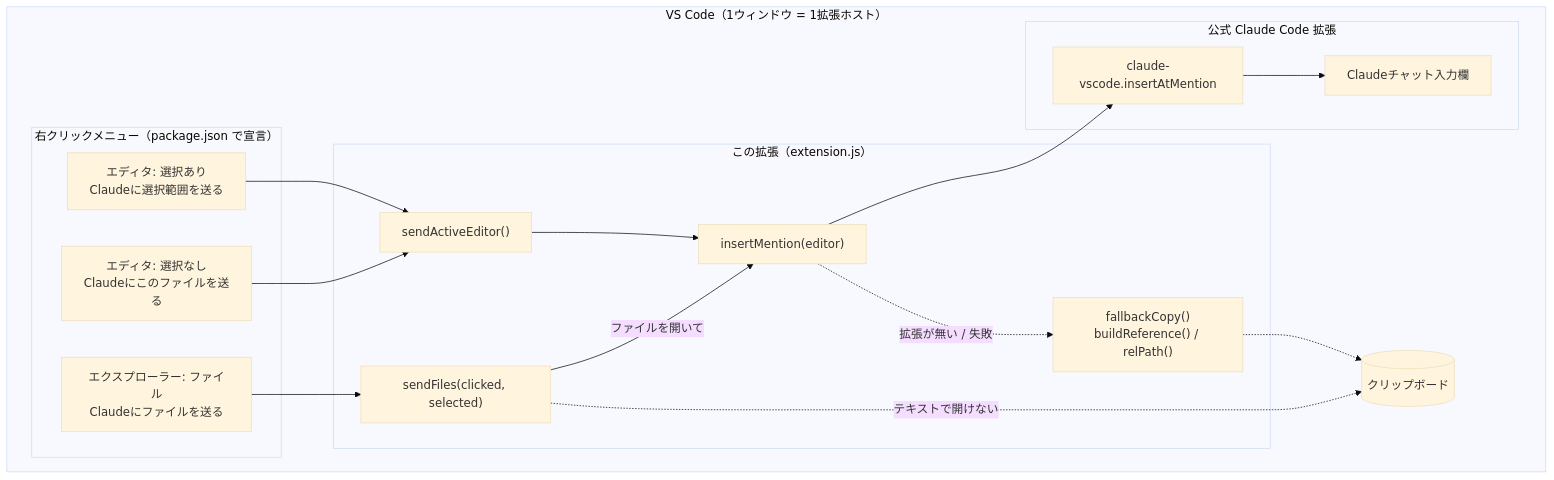
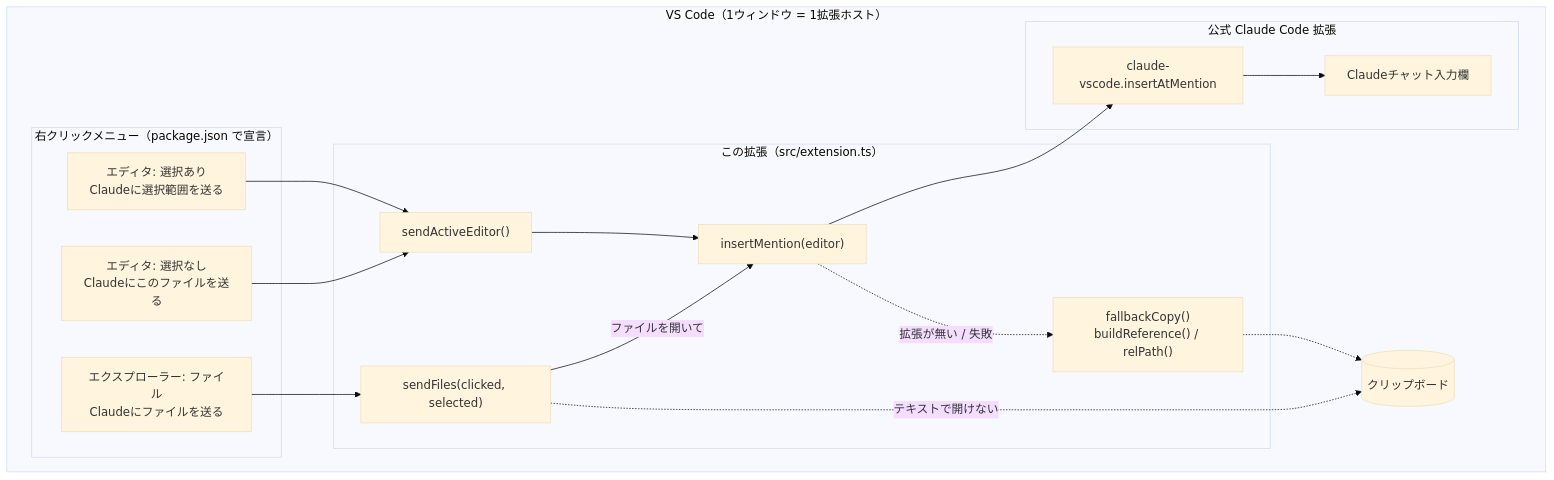
The first of 6 diagrams in docs/ARCHITECTURE.md (kip2/refs-to-chat), drawn with Mermaid (base theme) before and after one commit. The commit also changed other lines of this file and 12 other files, not shown here.

````diff
--- a/docs/ARCHITECTURE.md
+++ b/docs/ARCHITECTURE.md
@@ -15,36 +15,36 @@
 ```mermaid
 flowchart LR
   subgraph VSCode["VS Code（1ウィンドウ = 1拡張ホスト）"]
     direction LR
     subgraph Menus["右クリックメニュー（package.json で宣言）"]
       M1["エディタ: 選択あり<br/>Claudeに選択範囲を送る"]
       M2["エディタ: 選択なし<br/>Claudeにこのファイルを送る"]
       M3["エクスプローラー: ファイル<br/>Claudeにファイルを送る"]
     end
 
-    subgraph Ext["この拡張（extension.js）"]
+    subgraph Ext["この拡張（src/extension.ts）"]
       SAE["sendActiveEditor()"]
       SF["sendFiles(clicked, selected)"]
       IM["insertMention(editor)"]
       FB["fallbackCopy()<br/>buildReference() / relPath()"]
     end
 
     subgraph Claude["公式 Claude Code 拡張"]
       C1["claude-vscode.insertAtMention"]
       P["Claudeチャット入力欄"]
     end
 
     CB[("クリップボード")]
   end
 
   M1 --> SAE
   M2 --> SAE
   M3 --> SF
   SF -->|ファイルを開いて| IM
   SAE --> IM
   IM --> C1
   C1 --> P
   IM -.->|拡張が無い / 失敗| FB
   SF -.->|テキストで開けない| CB
   FB -.-> CB
 ```
````
